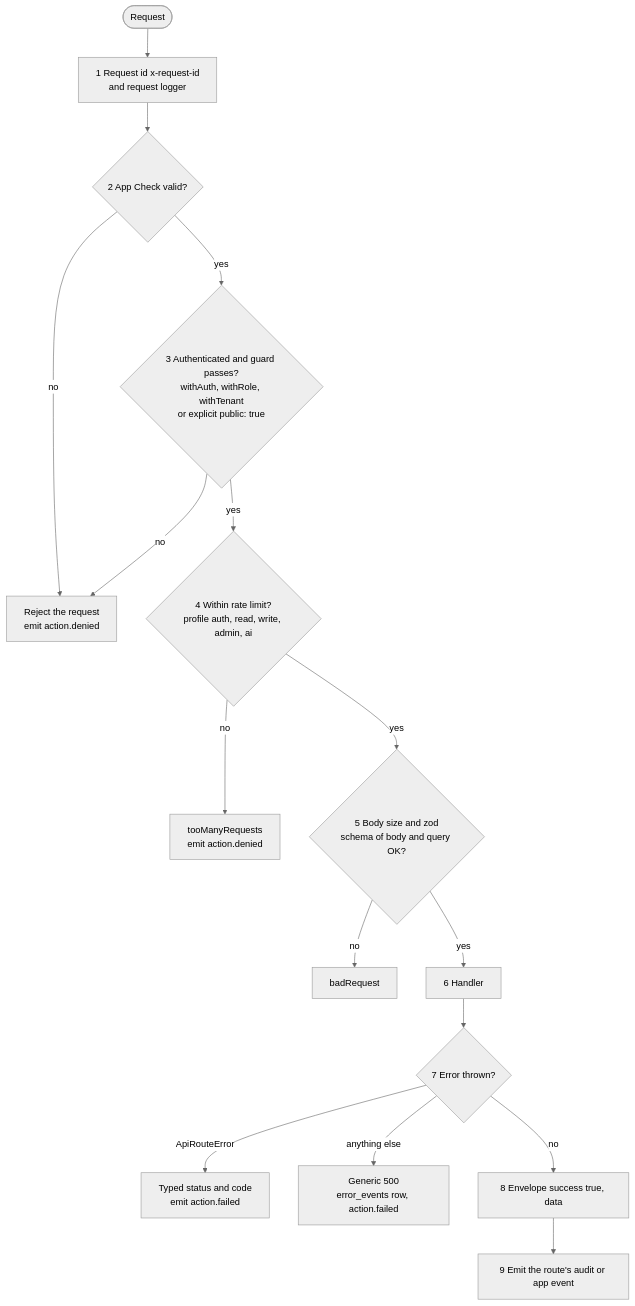
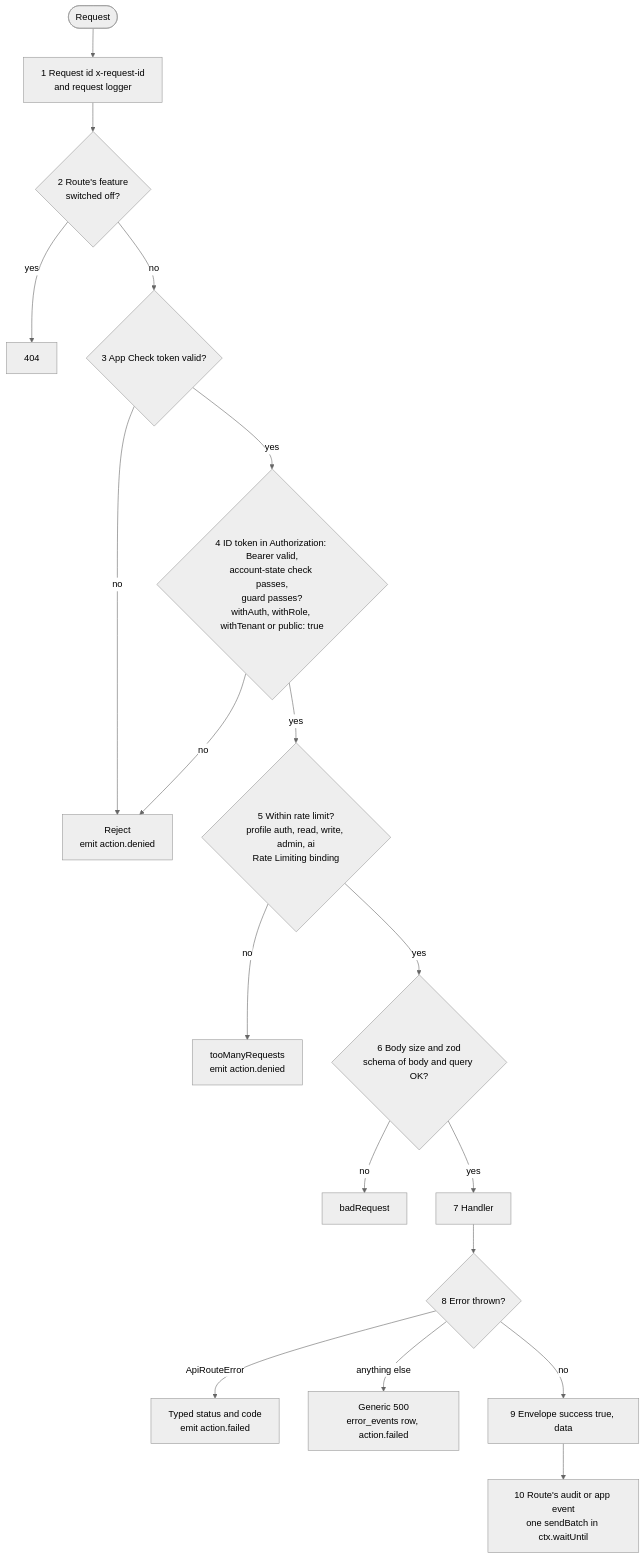
The first of 3 diagrams in src/templates/shared/steering/rules/itg/security.md (Improve-To-Grow/MUSUBI), drawn with Mermaid (neutral theme) before and after one commit. The commit also changed other lines of this file and 57 other files, not shown here.

````diff
--- a/src/templates/shared/steering/rules/itg/security.md
+++ b/src/templates/shared/steering/rules/itg/security.md
@@ -19,18 +19,20 @@
 ```mermaid
 flowchart TD
     REQ([Request]) --> S1[1 Request id x-request-id<br/>and request logger]
-    S1 --> S2{2 App Check valid?}
-    S2 -- no --> DEN[Reject the request<br/>emit action.denied]
-    S2 -- yes --> S3{3 Authenticated and guard passes?<br/>withAuth, withRole, withTenant<br/>or explicit public: true}
-    S3 -- no --> DEN
-    S3 -- yes --> S4{4 Within rate limit?<br/>profile auth, read, write, admin, ai}
-    S4 -- no --> TMR[tooManyRequests<br/>emit action.denied]
-    S4 -- yes --> S5{5 Body size and zod<br/>schema of body and query OK?}
-    S5 -- no --> BAD[badRequest]
-    S5 -- yes --> S6[6 Handler]
-    S6 --> S7{7 Error thrown?}
-    S7 -- ApiRouteError --> TYP[Typed status and code<br/>emit action.failed]
-    S7 -- anything else --> E500[Generic 500<br/>error_events row, action.failed]
-    S7 -- no --> S8[8 Envelope success true, data]
-    S8 --> S9[9 Emit the route's audit or app event]
+    S1 --> S2{2 Route's feature<br/>switched off?}
+    S2 -- yes --> NF[404]
+    S2 -- no --> S3{3 App Check token valid?}
+    S3 -- no --> DEN[Reject<br/>emit action.denied]
+    S3 -- yes --> S4{4 ID token in Authorization: Bearer valid,<br/>account-state check passes,<br/>guard passes?<br/>withAuth, withRole, withTenant or public: true}
+    S4 -- no --> DEN
+    S4 -- yes --> S5{5 Within rate limit?<br/>profile auth, read, write, admin, ai<br/>Rate Limiting binding}
+    S5 -- no --> TMR[tooManyRequests<br/>emit action.denied]
+    S5 -- yes --> S6{6 Body size and zod<br/>schema of body and query OK?}
+    S6 -- no --> BAD[badRequest]
+    S6 -- yes --> S7[7 Handler]
+    S7 --> S8{8 Error thrown?}
+    S8 -- ApiRouteError --> TYP[Typed status and code<br/>emit action.failed]
+    S8 -- anything else --> E500[Generic 500<br/>error_events row, action.failed]
+    S8 -- no --> S9[9 Envelope success true, data]
+    S9 --> S10[10 Route's audit or app event<br/>one sendBatch in ctx.waitUntil]
 ```
````
